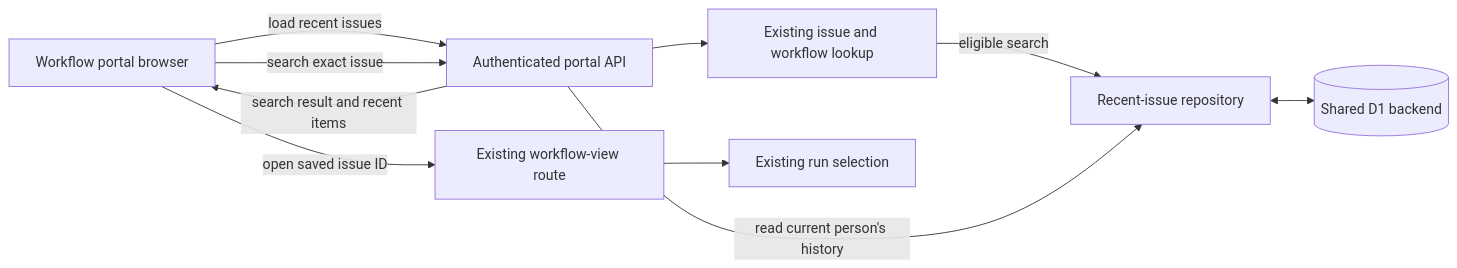
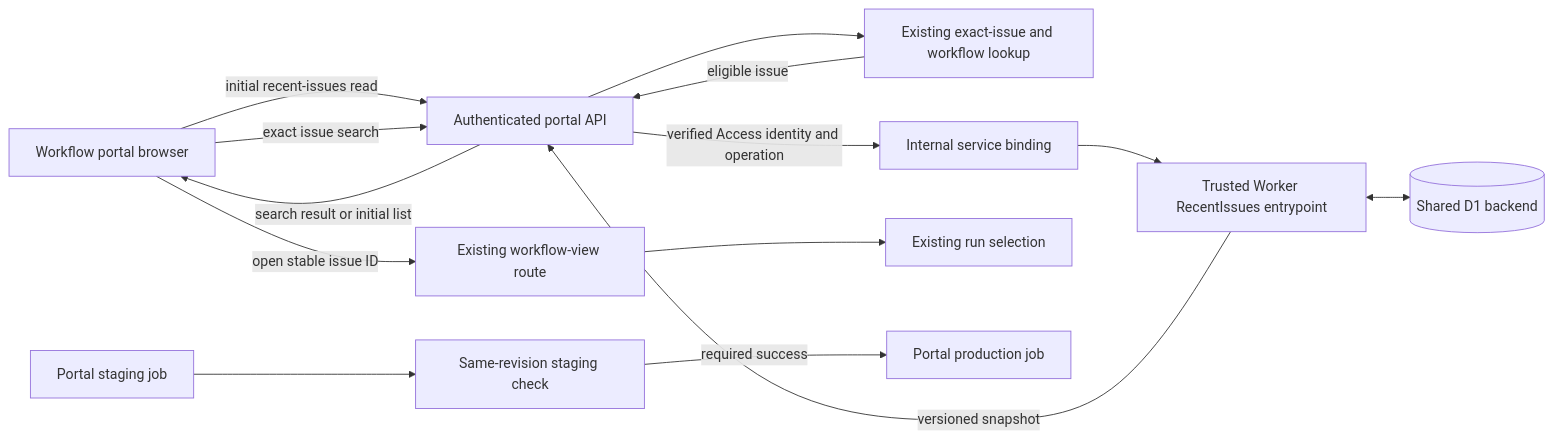
The diagram in openspec/changes/sac-161/design.md (sachinkundu/deos), drawn with Mermaid before and after one commit. The commit also changed other lines of this file, not shown here.

Commit message:
DEOS planning manifest workflow:2a653831-c1ec-4db7-972a-d0d08ac0a3d8:096ce85d-9c56-4faa-ad74-ef8055bafc91:run:1:system_action:publish_design_response:github.publish_design_candidate:0a11bd391bb2d79fe2e202ebad11b4d8b61445ccf2a53cee6664c30ae978405a:31

````diff
--- a/openspec/changes/sac-161/design.md
+++ b/openspec/changes/sac-161/design.md
@@ -18,20 +25,26 @@
 ```mermaid
 flowchart LR
     B[Workflow portal browser]
-    A[Authenticated portal API]
-    L[Existing issue and workflow lookup]
-    H[Recent-issue repository]
+    P[Authenticated portal API]
+    L[Existing exact-issue and workflow lookup]
+    S[Internal service binding]
+    R[Trusted Worker RecentIssues entrypoint]
     D[(Shared D1 backend)]
     V[Existing workflow-view route]
-    R[Existing run selection]
+    U[Existing run selection]
 
-    B -->|load recent issues| A
-    B -->|search exact issue| A
-    A --> L
-    L -->|eligible search| H
-    A -->|read current person's history| H
-    H <--> D
-    A -->|search result and recent items| B
-    B -->|open saved issue ID| V
-    V --> R
+    B -->|initial recent-issues read| P
+    B -->|exact issue search| P
+    P --> L
+    L -->|eligible issue| P
+    P -->|verified Access identity and operation| S
+    S --> R
+    R <--> D
+    R -->|versioned snapshot| P
+    P -->|search result or initial list| B
+    B -->|open stable issue ID| V
+    V --> U
+
+    ST[Portal staging job] --> CK[Same-revision staging check]
+    CK -->|required success| PR[Portal production job]
 ```
````
